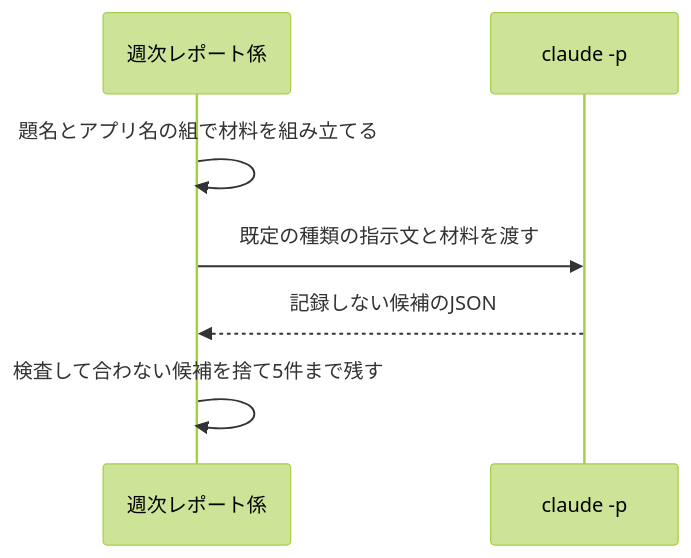
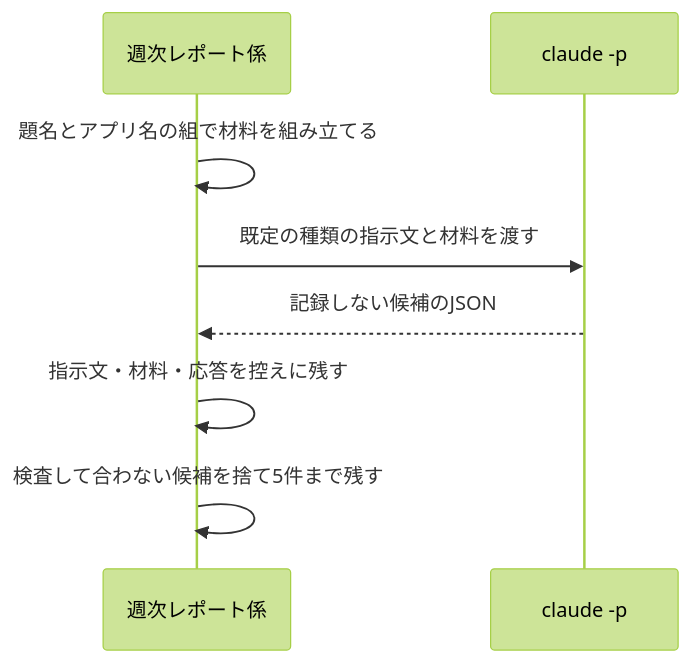
The seventh of 12 diagrams in apps/routine-work-finder/specs/weekly-automation-report/design.md (dnode-ryosuke-yamazaki/study), drawn with Mermaid (forest theme) before and after one commit. The commit also changed other lines of this file and 4 other files, not shown here.

````diff
--- a/apps/routine-work-finder/specs/weekly-automation-report/design.md
+++ b/apps/routine-work-finder/specs/weekly-automation-report/design.md
@@ -274,9 +279,10 @@
 ```mermaid
 sequenceDiagram
     participant W as 週次レポート係
     participant C as claude -p
     W->>W: 題名とアプリ名の組で材料を組み立てる
     W->>C: 既定の種類の指示文と材料を渡す
     C-->>W: 記録しない候補のJSON
+    W->>W: 指示文・材料・応答を控えに残す
     W->>W: 検査して合わない候補を捨て5件まで残す
 ```
````
